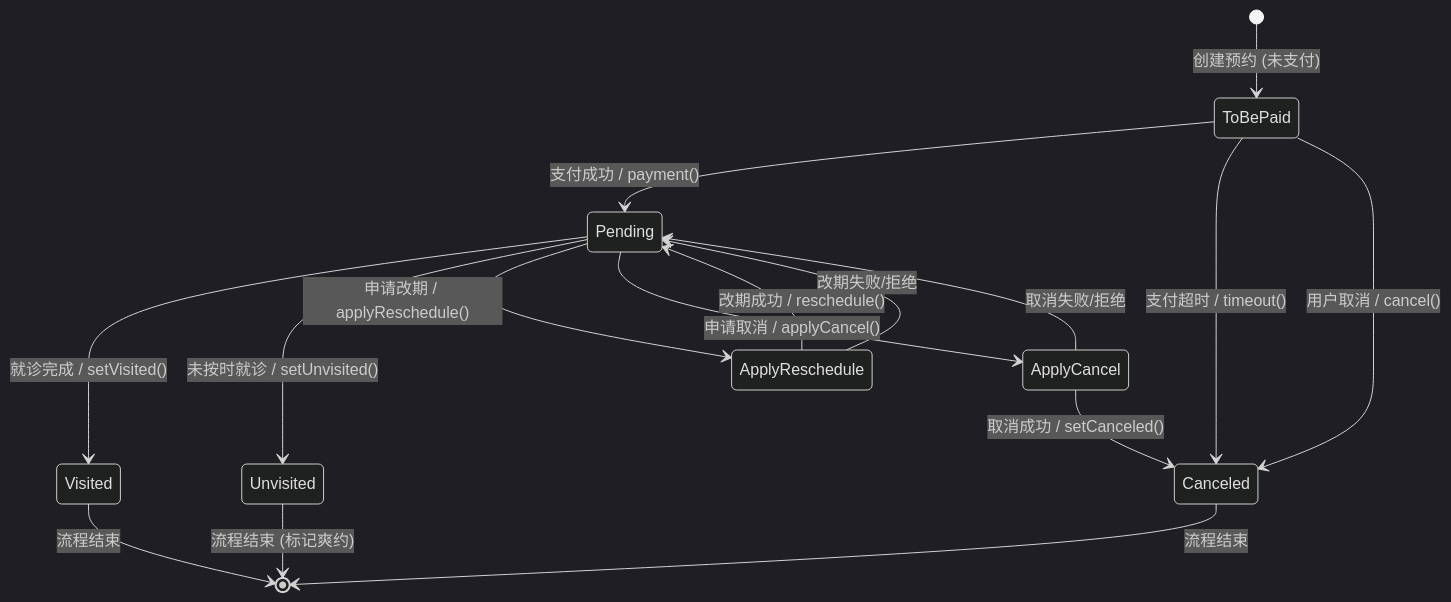
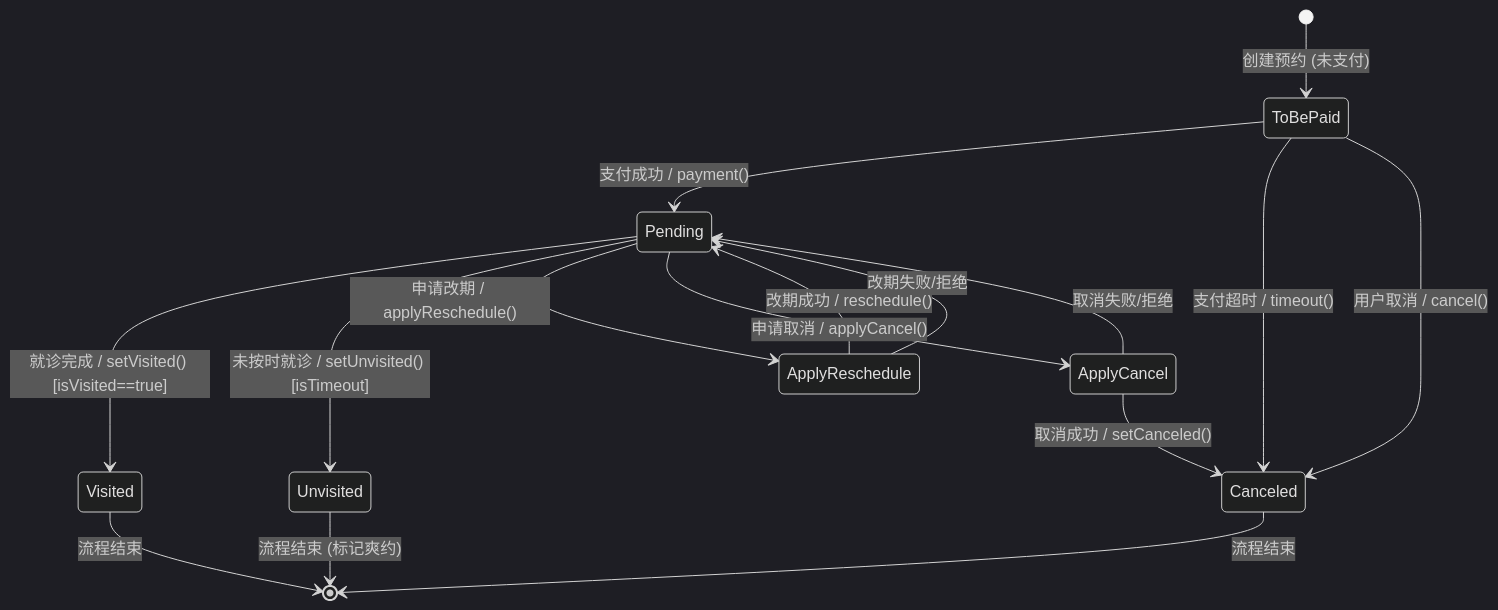
Before and after one commit to JiepengLab/Reveal-Slide: the fourth of 5 diagrams in SE/markdown/test.md, drawn with Mermaid (dark theme). The commit also changed other lines of this file and 3 other files, not shown here.

````diff
--- a/SE/markdown/test.md
+++ b/SE/markdown/test.md
@@ -361,22 +363,22 @@
 ```mermaid
 stateDiagram-v2
     [*] --> ToBePaid : 创建预约 (未支付)
     ToBePaid --> Pending : 支付成功 / payment()
     ToBePaid --> Canceled : 支付超时 / timeout()
     ToBePaid --> Canceled : 用户取消 / cancel()
 
-    Pending --> Visited : 就诊完成 / setVisited()
-    Pending --> Unvisited : 未按时就诊 / setUnvisited()
+    Pending --> Visited : 就诊完成 / setVisited() [isVisited==true]
+    Pending --> Unvisited : 未按时就诊 / setUnvisited() [isTimeout]
     Pending --> ApplyReschedule : 申请改期 / applyReschedule()
     Pending --> ApplyCancel : 申请取消 / applyCancel()
 
     ApplyReschedule --> Pending : 改期成功 / reschedule()
     ApplyReschedule --> Pending : 改期失败/拒绝
     ApplyCancel --> Canceled : 取消成功 / setCanceled()
     ApplyCancel --> Pending : 取消失败/拒绝
 
     Visited --> [*] : 流程结束
     Unvisited --> [*] : 流程结束 (标记爽约)
     Canceled --> [*] : 流程结束
 
 ```
````
